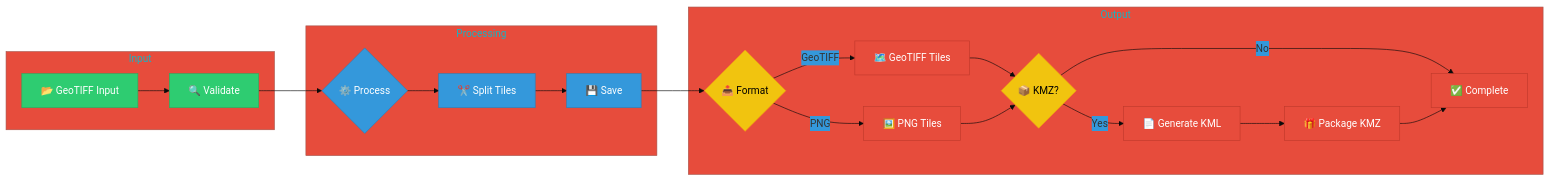
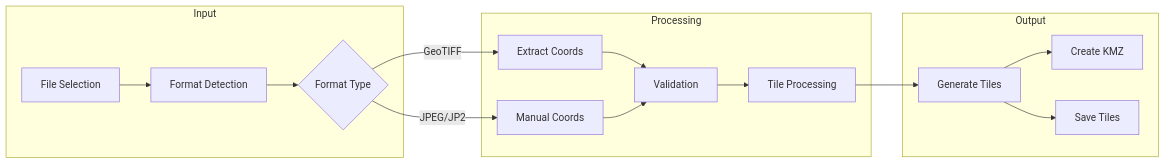
Before and after one commit to angel7544/geoTiff_Ref_2_KMZ_overlay: the sixth of 8 diagrams in Documentation.md, drawn with Mermaid. The commit also changed other lines of this file and 3 other files, not shown here.

````diff
--- a/Documentation.md
+++ b/Documentation.md
@@ -510,34 +151,21 @@
 ```mermaid
-%%{init: {'theme': 'base', 'themeVariables': { 'primaryColor': '#2ecc71', 'secondaryColor': '#3498db', 'tertiaryColor': '#e74c3c'}}}%%
 graph LR
     subgraph Input
-        A[📂 GeoTIFF Input] --> B[🔍 Validate]
+        A[File Selection] --> B[Format Detection]
+        B --> C{Format Type}
     end
     
     subgraph Processing
-        B --> C{⚙️ Process}
-        C --> D[✂️ Split Tiles]
-        D --> E[💾 Save]
+        C -->|GeoTIFF| D[Extract Coords]
+        C -->|JPEG/JP2| E[Manual Coords]
+        D --> F[Validation]
+        E --> F
+        F --> G[Tile Processing]
     end
     
     subgraph Output
-        E --> F{📤 Format}
-        F -->|GeoTIFF| G[🗺️ GeoTIFF Tiles]
-        F -->|PNG| H[🖼️ PNG Tiles]
-        G & H --> I{📦 KMZ?}
-        I -->|Yes| J[📄 Generate KML]
-        J --> K[🎁 Package KMZ]
-        I -->|No| L[✅ Complete]
-        K --> L
+        G --> H[Generate Tiles]
+        H --> I[Create KMZ]
+        H --> J[Save Tiles]
     end
-
-    classDef input fill:#2ecc71,stroke:#27ae60,color:white;
-    classDef process fill:#3498db,stroke:#2980b9,color:white;
-    classDef output fill:#e74c3c,stroke:#c0392b,color:white;
-    classDef decision fill:#f1c40f,stroke:#f39c12,color:black;
-
-    class A,B input;
-    class C,D,E process;
-    class G,H,J,K,L output;
-    class F,I decision;
 ```
````
